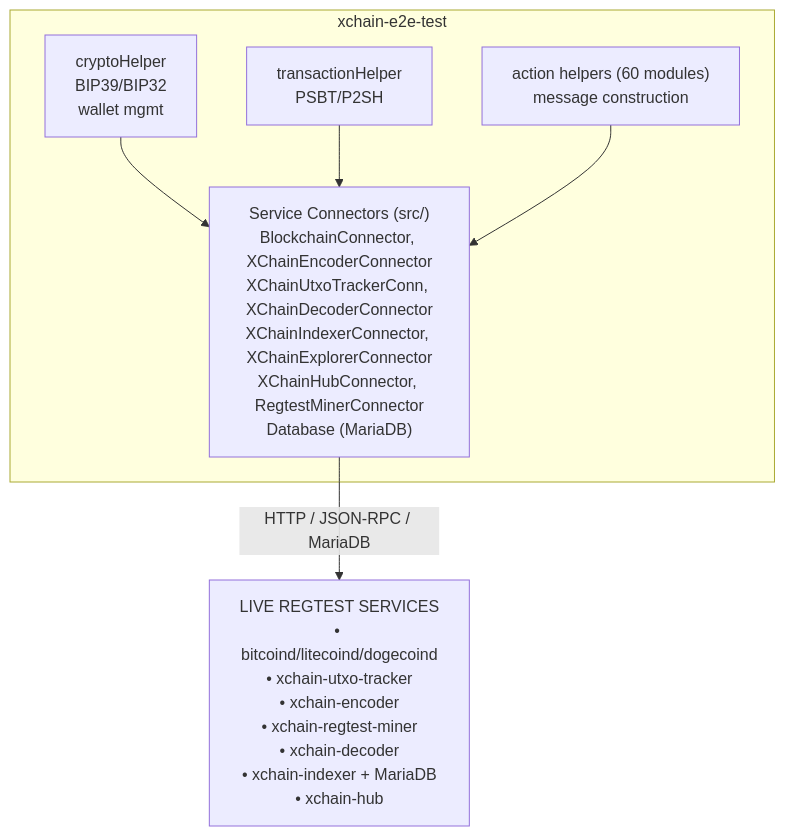
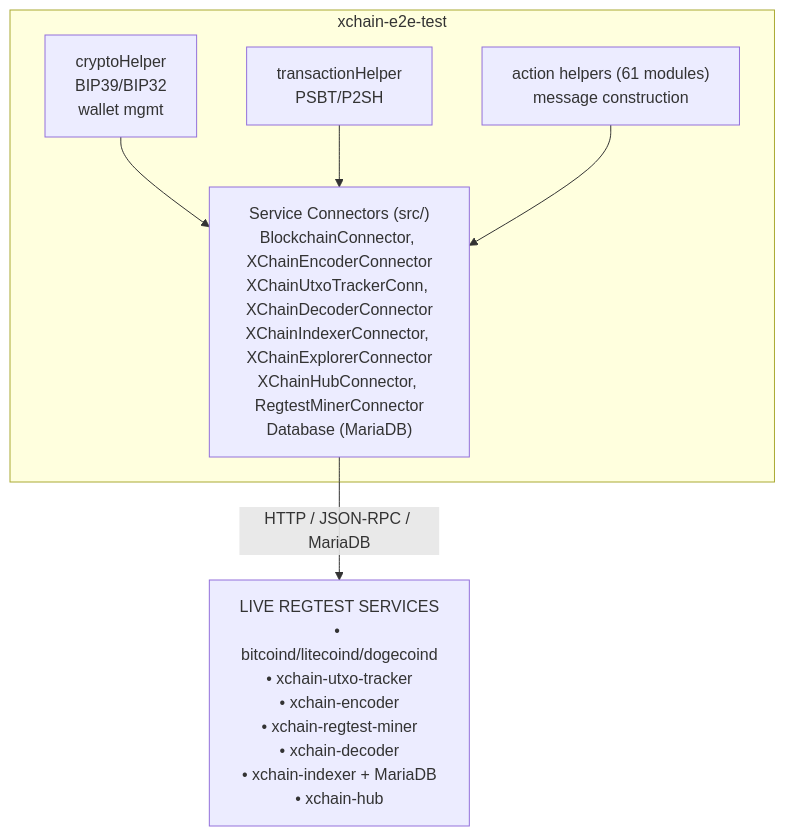
One commit to XChain-Platform/xchain-documentation changed the second of 2 diagrams in components/e2e-test/README.md. Above: the diagram before and after it, drawn with Mermaid. The commit also changed 1 other file, not shown here.

Commit message:
Recount the e2e helper modules after the anchor arm-height helper

````diff
--- a/components/e2e-test/README.md
+++ b/components/e2e-test/README.md
@@ -65,14 +65,14 @@
 ```mermaid
 flowchart TD
     subgraph E2E["xchain-e2e-test"]
         CH["cryptoHelper<br>BIP39/BIP32<br>wallet mgmt"]
         TH["transactionHelper<br>PSBT/P2SH"]
-        AH["action helpers (60 modules)<br>message construction"]
+        AH["action helpers (61 modules)<br>message construction"]
         SC["Service Connectors (src/)<br>BlockchainConnector, XChainEncoderConnector<br>XChainUtxoTrackerConn, XChainDecoderConnector<br>XChainIndexerConnector, XChainExplorerConnector<br>XChainHubConnector, RegtestMinerConnector<br>Database (MariaDB)"]
         CH --> SC
         TH --> SC
         AH --> SC
     end
     SVC["LIVE REGTEST SERVICES<br>• bitcoind/litecoind/dogecoind<br>• xchain-utxo-tracker<br>• xchain-encoder<br>• xchain-regtest-miner<br>• xchain-decoder<br>• xchain-indexer + MariaDB<br>• xchain-hub"]
     SC -->|HTTP / JSON-RPC / MariaDB| SVC
 ```
````
